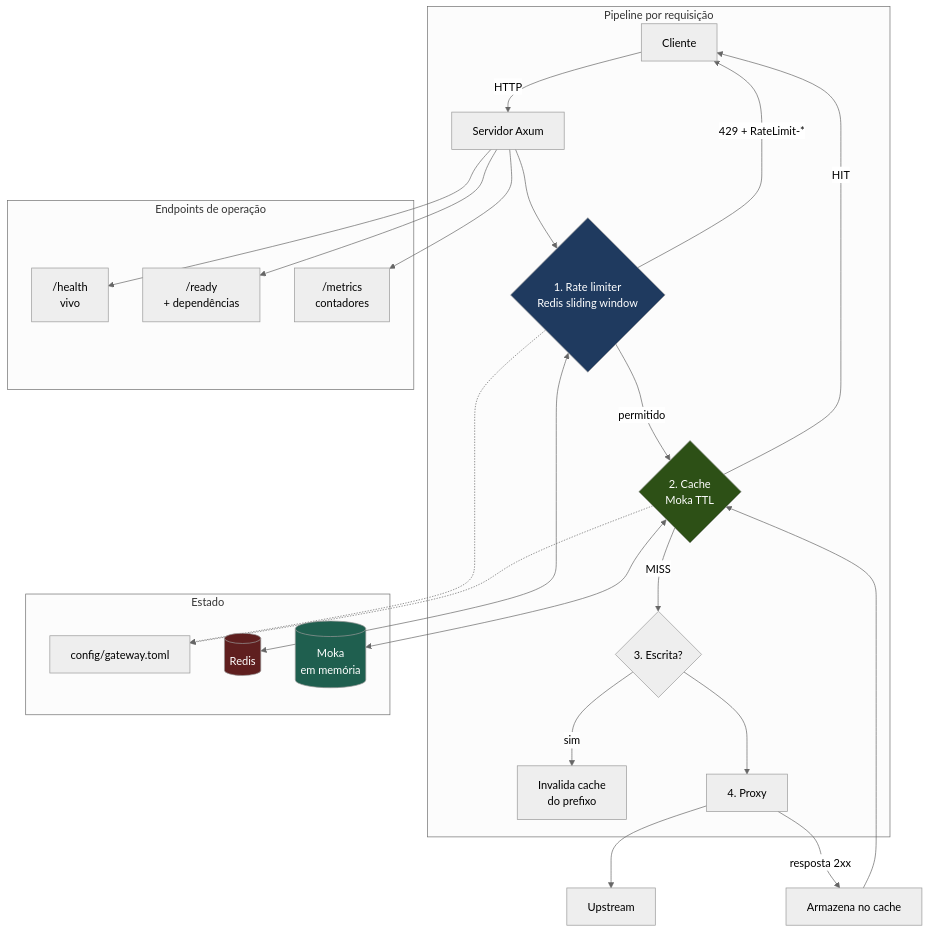
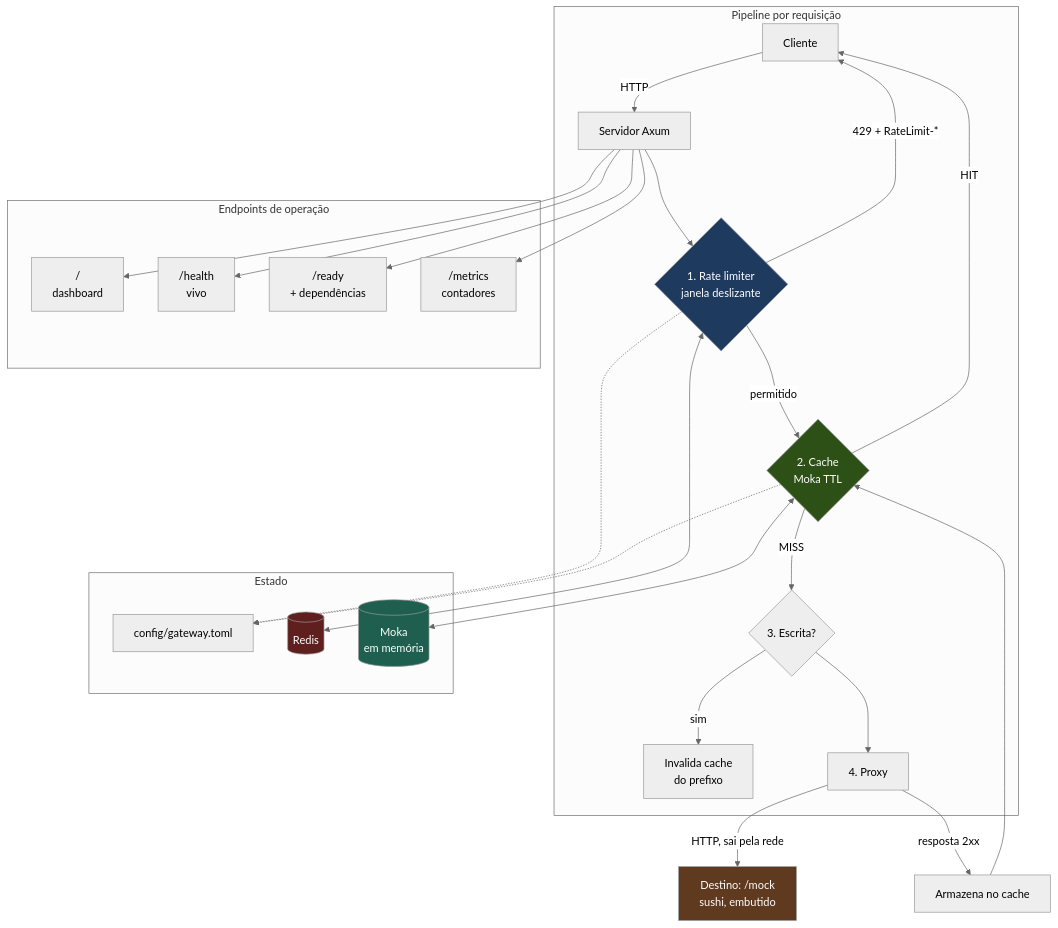
Before and after one commit to gregramosltda/rust-api-gateway: the first of 3 diagrams in README.md, drawn with Mermaid (neutral theme). The commit also changed other lines of this file and 15 other files, not shown here.

````diff
--- a/README.md
+++ b/README.md
@@ -35,43 +49,46 @@
 ```mermaid
 graph TD
     C[Cliente] -->|"HTTP"| L[Servidor Axum]
 
     subgraph Pipeline["Pipeline por requisição"]
-        L --> R1{"1. Rate limiter<br/>Redis sliding window"}
+        L --> R1{"1. Rate limiter<br/>janela deslizante"}
         R1 -->|"429 + RateLimit-*"| C
         R1 -->|"permitido"| R2{"2. Cache<br/>Moka TTL"}
         R2 -->|"HIT"| C
         R2 -->|"MISS"| R3{"3. Escrita?"}
         R3 -->|"sim"| INV["Invalida cache<br/>do prefixo"]
         R3 --> R4["4. Proxy"]
     end
 
-    R4 --> U[Upstream]
+    R4 -->|"HTTP, sai pela rede"| U["Destino: /mock<br/>sushi, embutido"]
     R4 -->|"resposta 2xx"| ST["Armazena no cache"]
     ST --> R2
 
     subgraph Estado
         CFG[config/gateway.toml]
         RED[(Redis)]
         MOK[(Moka<br/>em memória)]
     end
 
     R1 <--> RED
     R2 <--> MOK
     R1 -.-> CFG
     R2 -.-> CFG
 
     subgraph Operação["Endpoints de operação"]
+        D["/<br/>dashboard"]
         H["/health<br/>vivo"]
         RD["/ready<br/>+ dependências"]
         M["/metrics<br/>contadores"]
     end
+    L --> D
     L --> H
     L --> RD
     L --> M
 
     style R1 fill:#1f3a5f,color:#fff
     style R2 fill:#2d5016,color:#fff
     style RED fill:#5f1f1f,color:#fff
     style MOK fill:#1f5f4f,color:#fff
+    style U fill:#5f3a1f,color:#fff
 ```
````
